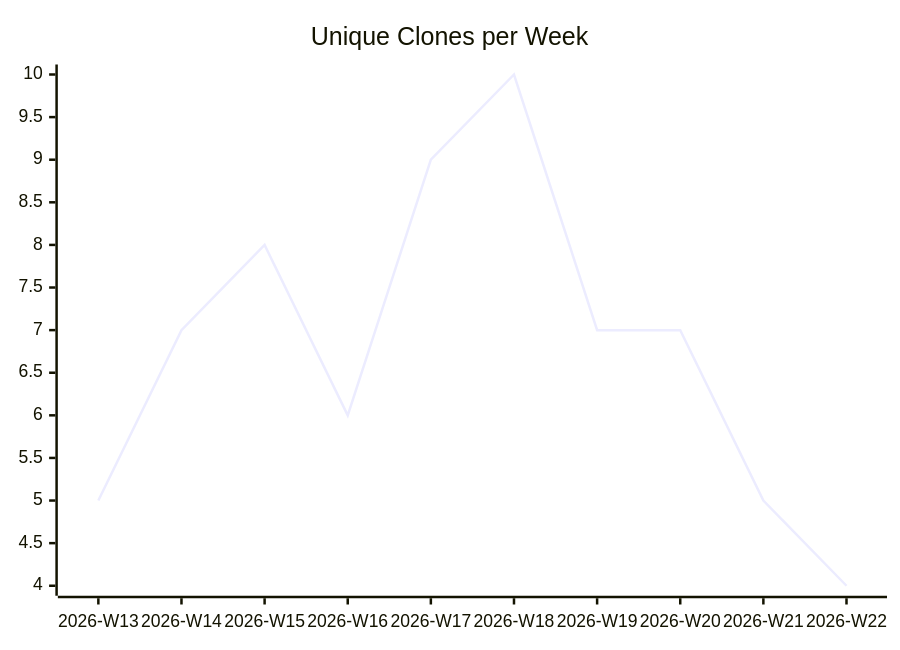
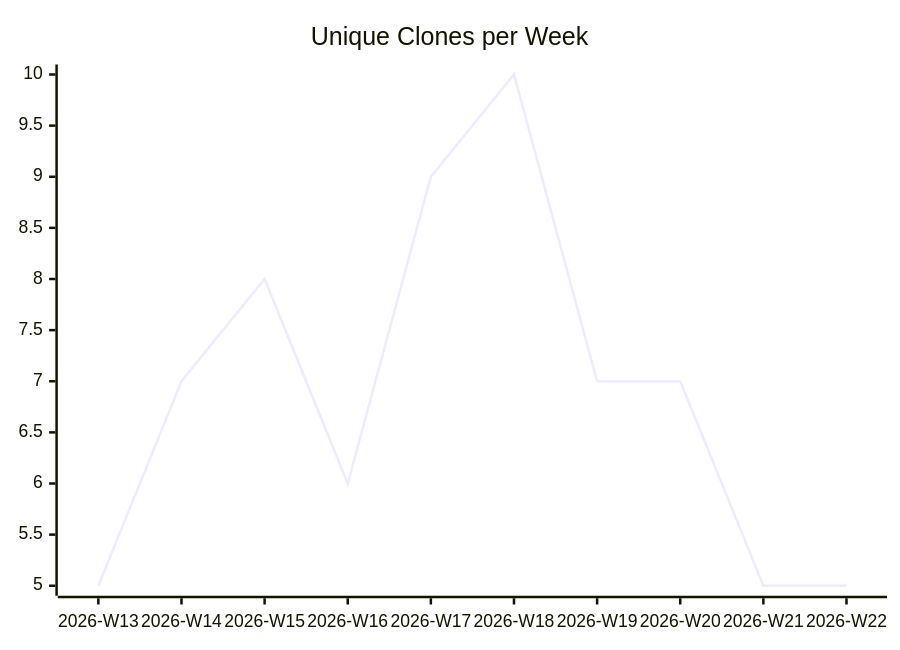
One commit to justdavis-family/github-analytics-data changed the third of 3 diagrams in karlmdavis/ansible-role-jenkins2/README.md. Above: the diagram before and after it, drawn with Mermaid. The commit also changed other lines of this file and 189 other files, not shown here.

````diff
--- a/karlmdavis/ansible-role-jenkins2/README.md
+++ b/karlmdavis/ansible-role-jenkins2/README.md
@@ -19,6 +19,6 @@
 ```mermaid
 xychart-beta
   title "Unique Clones per Week"
   x-axis ["2026-W13", "2026-W14", "2026-W15", "2026-W16", "2026-W17", "2026-W18", "2026-W19", "2026-W20", "2026-W21", "2026-W22"]
-  line [5, 7, 8, 6, 9, 10, 7, 7, 5, 4]
+  line [5, 7, 8, 6, 9, 10, 7, 7, 5, 5]
 ```
````
